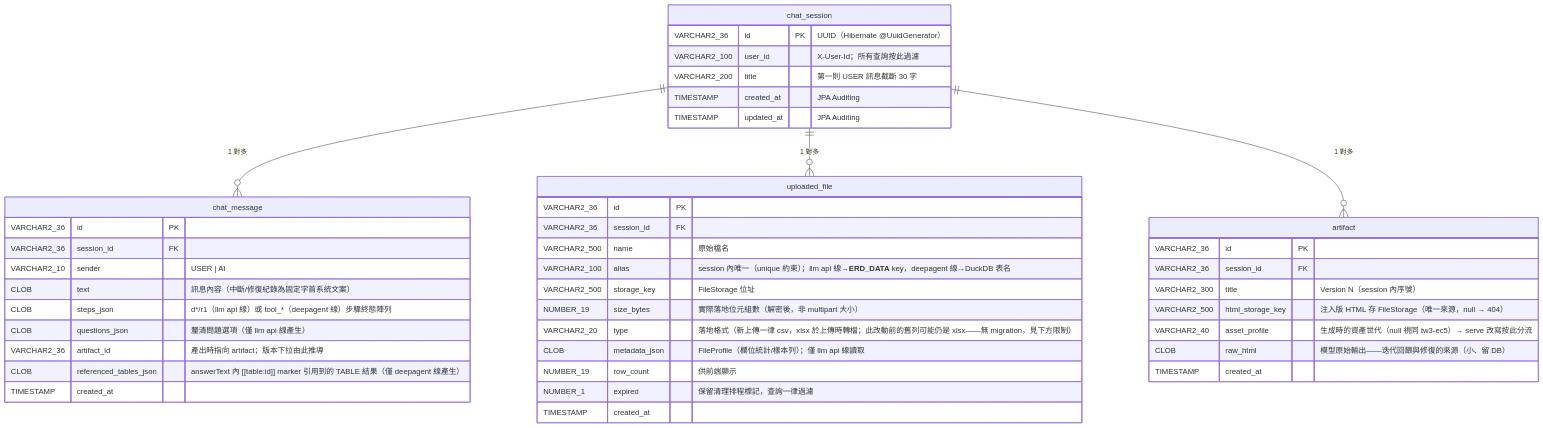
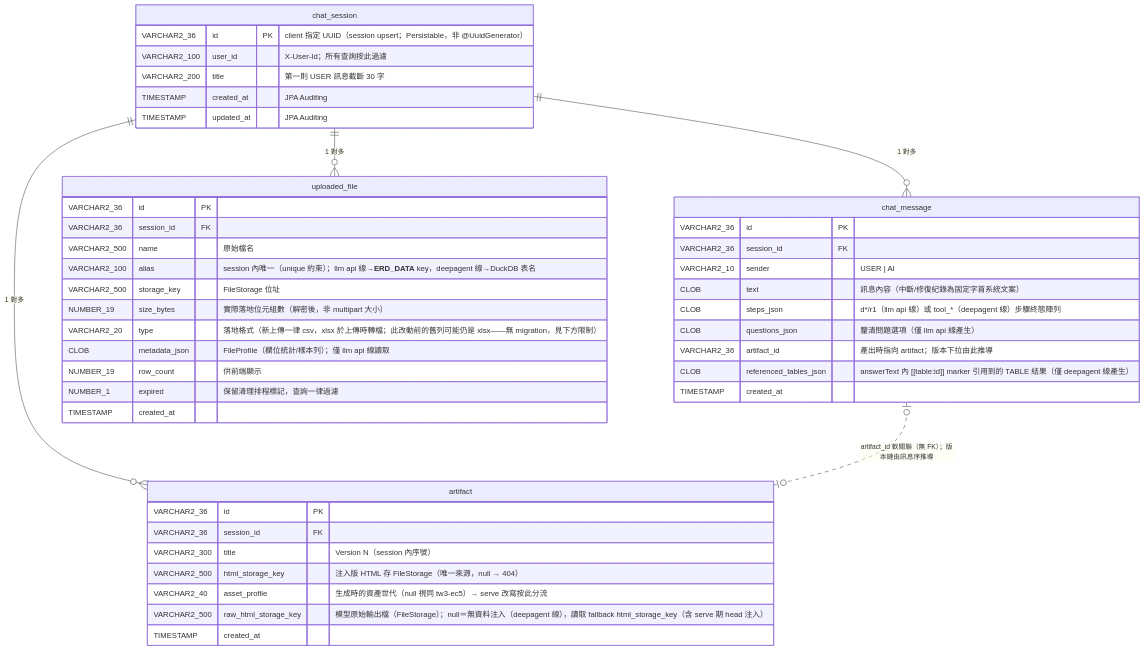
One commit to Michelle12369/cowork changed the fourth of 4 diagrams in docs/architecture.md. Above: the diagram before and after it, drawn with Mermaid. The commit also changed other lines of this file, not shown here.

Commit message:
docs: ER diagram 補 chat_message-artifact 軟關聯，raw_html 改 storage key，修 chat_session id 註解

````diff
--- a/docs/architecture.md
+++ b/docs/architecture.md
@@ -448,47 +448,48 @@
 ```mermaid
 erDiagram
     chat_session ||--o{ chat_message : "1 對多"
     chat_session ||--o{ uploaded_file : "1 對多"
     chat_session ||--o{ artifact : "1 對多"
+    chat_message |o..o| artifact : "artifact_id 軟關聯（無 FK）；版本鏈由訊息序推導"
 
     chat_session {
-        VARCHAR2_36 id PK "UUID（Hibernate @UuidGenerator）"
+        VARCHAR2_36 id PK "client 指定 UUID（session upsert；Persistable，非 @UuidGenerator）"
         VARCHAR2_100 user_id "X-User-Id；所有查詢按此過濾"
         VARCHAR2_200 title "第一則 USER 訊息截斷 30 字"
         TIMESTAMP created_at "JPA Auditing"
         TIMESTAMP updated_at "JPA Auditing"
     }
     chat_message {
         VARCHAR2_36 id PK
         VARCHAR2_36 session_id FK
         VARCHAR2_10 sender "USER | AI"
         CLOB text "訊息內容（中斷/修復紀錄為固定字首系統文案）"
         CLOB steps_json "d*/r1（llm api 線）或 tool_*（deepagent 線）步驟終態陣列"
         CLOB questions_json "釐清問題選項（僅 llm api 線產生）"
         VARCHAR2_36 artifact_id "產出時指向 artifact；版本下拉由此推導"
         CLOB referenced_tables_json "answerText 內 [[table:id]] marker 引用到的 TABLE 結果（僅 deepagent 線產生）"
         TIMESTAMP created_at
     }
     uploaded_file {
         VARCHAR2_36 id PK
         VARCHAR2_36 session_id FK
         VARCHAR2_500 name "原始檔名"
         VARCHAR2_100 alias "session 內唯一（unique 約束）；llm api 線→__ERD_DATA__ key，deepagent 線→DuckDB 表名"
         VARCHAR2_500 storage_key "FileStorage 位址"
         NUMBER_19 size_bytes "實際落地位元組數（解密後，非 multipart 大小）"
         VARCHAR2_20 type "落地格式（新上傳一律 csv，xlsx 於上傳時轉檔；此改動前的舊列可能仍是 xlsx——無 migration，見下方限制）"
         CLOB metadata_json "FileProfile（欄位統計/樣本列）；僅 llm api 線讀取"
         NUMBER_19 row_count "供前端顯示"
         NUMBER_1 expired "保留清理排程標記，查詢一律過濾"
         TIMESTAMP created_at
     }
     artifact {
         VARCHAR2_36 id PK
         VARCHAR2_36 session_id FK
         VARCHAR2_300 title "Version N（session 內序號）"
         VARCHAR2_500 html_storage_key "注入版 HTML 存 FileStorage（唯一來源，null → 404）"
         VARCHAR2_40 asset_profile "生成時的資產世代（null 視同 tw3-ec5）→ serve 改寫按此分流"
-        CLOB raw_html "模型原始輸出——迭代回餵與修復的來源（小、留 DB）"
+        VARCHAR2_500 raw_html_storage_key "模型原始輸出檔（FileStorage）；null＝無資料注入（deepagent 線），讀取 fallback html_storage_key（含 serve 期 head 注入）"
         TIMESTAMP created_at
     }
 ```
````
